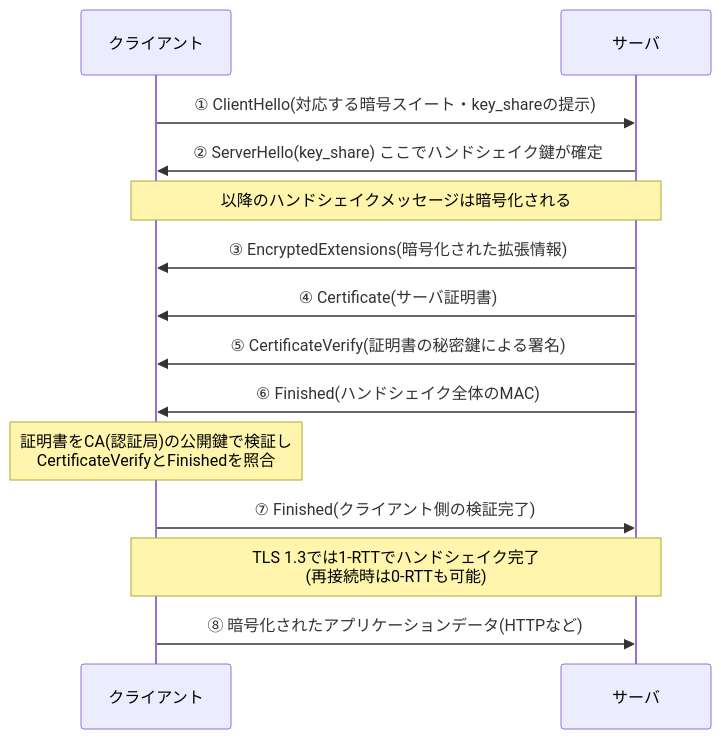
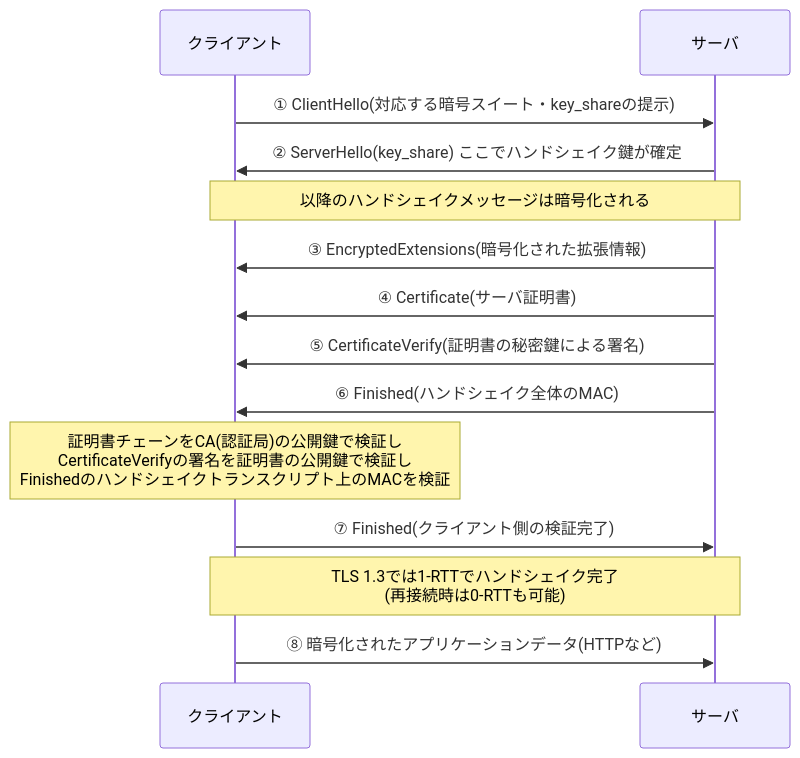
Before and after one commit to myoshi2891/Cloud-Infrastructure-Studies: diagram 36 of 41 in Computer-networking-topdown-guide.md, drawn with Mermaid.

Commit message:
docs(networking): refine TLS 1.3 handshake verification notes in sequence diagram

````diff
--- a/Computer-networking-topdown-guide.md
+++ b/Computer-networking-topdown-guide.md
@@ -956,17 +956,17 @@
 ```mermaid
 sequenceDiagram
     participant C as クライアント
     participant S as サーバ
 
     C->>S: ① ClientHello(対応する暗号スイート・key_shareの提示)
     S->>C: ② ServerHello(key_share) ここでハンドシェイク鍵が確定
     Note over C,S: 以降のハンドシェイクメッセージは暗号化される
     S->>C: ③ EncryptedExtensions(暗号化された拡張情報)
     S->>C: ④ Certificate(サーバ証明書)
     S->>C: ⑤ CertificateVerify(証明書の秘密鍵による署名)
     S->>C: ⑥ Finished(ハンドシェイク全体のMAC)
-    Note over C: 証明書をCA(認証局)の公開鍵で検証し<br/>CertificateVerifyとFinishedを照合
+    Note over C: 証明書チェーンをCA(認証局)の公開鍵で検証し<br/>CertificateVerifyの署名を証明書の公開鍵で検証し<br/>Finishedのハンドシェイクトランスクリプト上のMACを検証
     C->>S: ⑦ Finished(クライアント側の検証完了)
     Note over C,S: TLS 1.3では1-RTTでハンドシェイク完了<br/>(再接続時は0-RTTも可能)
     C->>S: ⑧ 暗号化されたアプリケーションデータ(HTTPなど)
 ```
````
